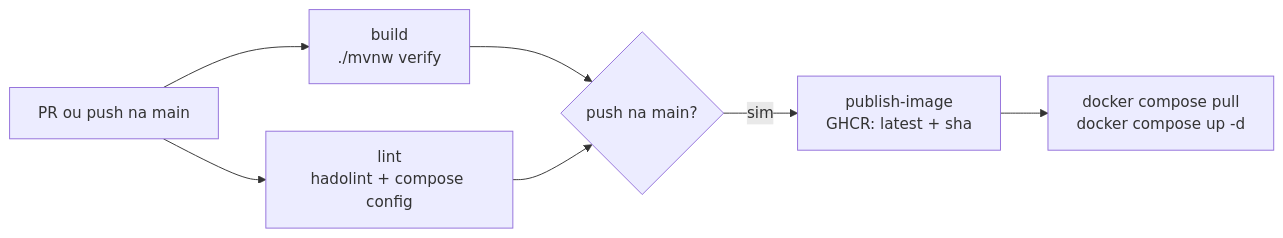
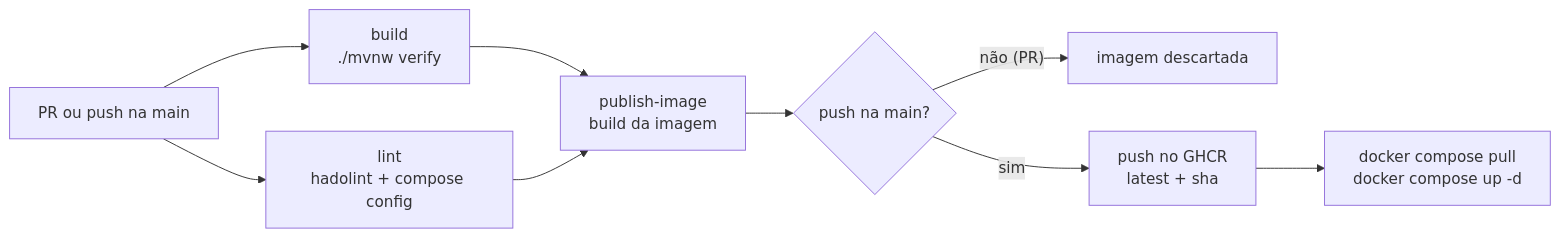
The second of 3 diagrams in README.md (Grogww/BetMan), drawn with Mermaid before and after one commit. The commit also changed other lines of this file and 1 other file, not shown here.

Commit message:
Constrói a imagem Docker em PR sem publicar no GHCR (correção)

````diff
--- a/README.md
+++ b/README.md
@@ -90,9 +90,11 @@
 ```mermaid
 flowchart LR
   ev["PR ou push na main"] --> build["build<br/>./mvnw verify"]
   ev --> lint["lint<br/>hadolint + compose config"]
-  build --> gate{"push na main?"}
-  lint --> gate
-  gate -->|"sim"| pub["publish-image<br/>GHCR: latest + sha"]
+  build --> img["publish-image<br/>build da imagem"]
+  lint --> img
+  img --> gate{"push na main?"}
+  gate -->|"não (PR)"| drop["imagem descartada"]
+  gate -->|"sim"| pub["push no GHCR<br/>latest + sha"]
   pub --> pull["docker compose pull<br/>docker compose up -d"]
 ```
````
